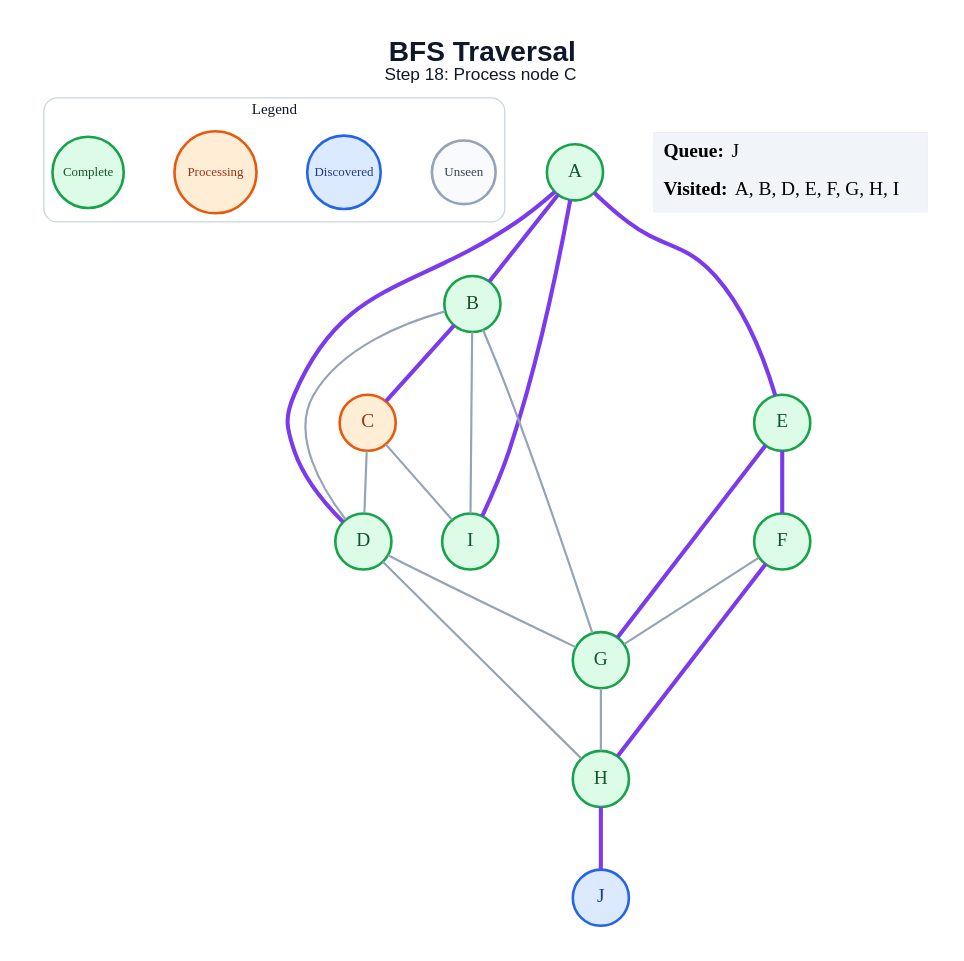
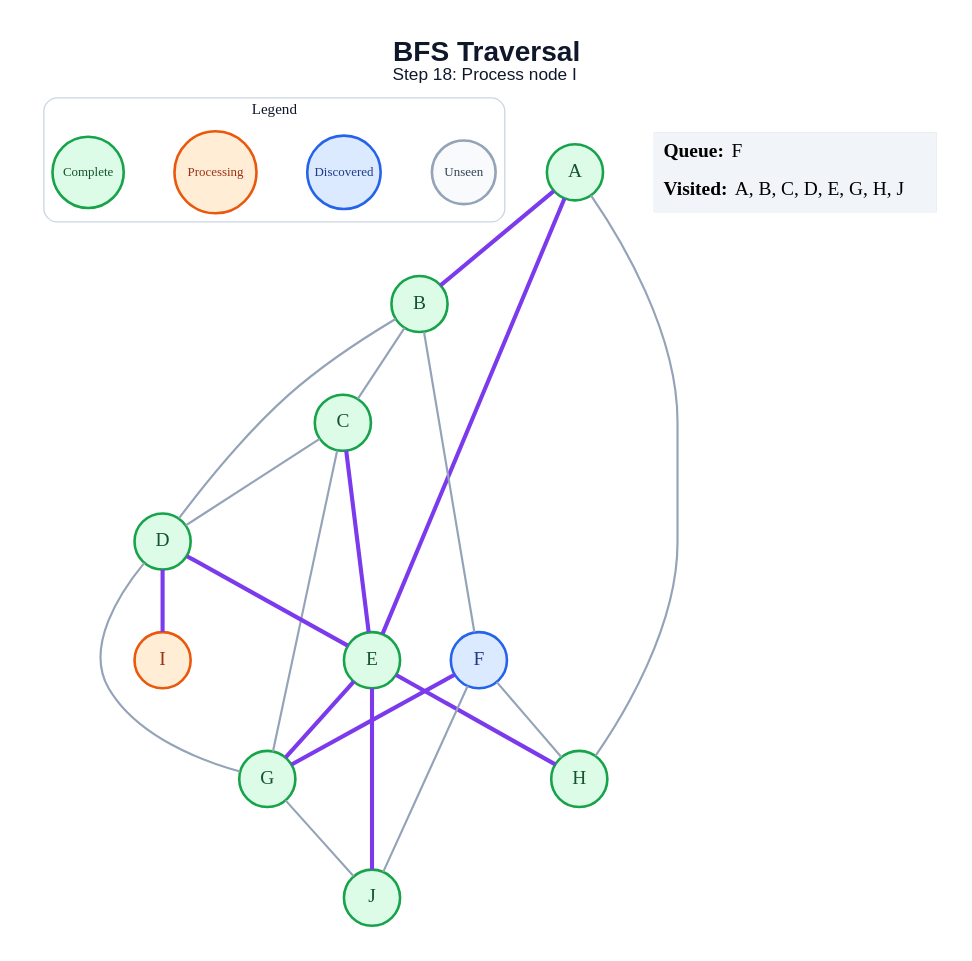
Before and after one commit to amanghodawala9/ai-slop: the diagram in generated/specific-node/bfs/step_18.dot, drawn with Graphviz. The commit also changed 178 other files, not shown here.

```diff
--- a/generated/specific-node/bfs/step_18.dot
+++ b/generated/specific-node/bfs/step_18.dot
@@ -1,47 +1,48 @@
 graph traversal {
   graph [layout=dot, rankdir=TB, bgcolor="#FFFFFF", pad="0.35", nodesep="0.65", ranksep="0.8", fontname="Arial"];
   node [shape=circle, style="filled", fontname="Arial Bold", fontsize=18, width=0.72, fixedsize=true, penwidth=2.4];
   edge [color="#94A3B8", penwidth=2.0];
-  label=<<B>BFS Traversal</B><BR/><FONT POINT-SIZE="16">Step 18: Process node C</FONT>>; labelloc="t"; fontsize=26; fontname="Arial"; fontcolor="#0F172A";
+  label=<<B>BFS Traversal</B><BR/><FONT POINT-SIZE="16">Step 18: Process node I</FONT>>; labelloc="t"; fontsize=26; fontname="Arial"; fontcolor="#0F172A";
   subgraph cluster_legend { label="Legend"; color="#CBD5E1"; penwidth=1.2; style="rounded"; fontsize=14; fontname="Arial Bold";
     key_unseen [label="Unseen", fillcolor="#F8FAFC", color="#94A3B8", fontcolor="#334155", fontsize=12, width=0.82];
     key_frontier [label="Discovered", fillcolor="#DBEAFE", color="#2563EB", fontcolor="#1E3A8A", fontsize=12, width=0.95];
     key_current [label="Processing", fillcolor="#FFEDD5", color="#EA580C", fontcolor="#9A3412", fontsize=12, width=1.05];
     key_done [label="Complete", fillcolor="#DCFCE7", color="#16A34A", fontcolor="#14532D", fontsize=12, width=0.92];
     { rank=same; key_unseen; key_frontier; key_current; key_done; }
   }
   A [fillcolor="#DCFCE7", color="#16A34A", fontcolor="#14532D"];
   B [fillcolor="#DCFCE7", color="#16A34A", fontcolor="#14532D"];
-  C [fillcolor="#FFEDD5", color="#EA580C", fontcolor="#9A3412"];
+  C [fillcolor="#DCFCE7", color="#16A34A", fontcolor="#14532D"];
   D [fillcolor="#DCFCE7", color="#16A34A", fontcolor="#14532D"];
   E [fillcolor="#DCFCE7", color="#16A34A", fontcolor="#14532D"];
-  F [fillcolor="#DCFCE7", color="#16A34A", fontcolor="#14532D"];
+  F [fillcolor="#DBEAFE", color="#2563EB", fontcolor="#1E3A8A"];
   G [fillcolor="#DCFCE7", color="#16A34A", fontcolor="#14532D"];
   H [fillcolor="#DCFCE7", color="#16A34A", fontcolor="#14532D"];
-  I [fillcolor="#DCFCE7", color="#16A34A", fontcolor="#14532D"];
-  J [fillcolor="#DBEAFE", color="#2563EB", fontcolor="#1E3A8A"];
+  I [fillcolor="#FFEDD5", color="#EA580C", fontcolor="#9A3412"];
+  J [fillcolor="#DCFCE7", color="#16A34A", fontcolor="#14532D"];
   A -- B [color="#7C3AED", penwidth=3.8];
-  A -- D [color="#7C3AED", penwidth=3.8];
   A -- E [color="#7C3AED", penwidth=3.8];
-  A -- I [color="#7C3AED", penwidth=3.8];
-  B -- C [color="#7C3AED", penwidth=3.8];
+  A -- H;
+  B -- C;
   B -- D;
-  B -- G;
-  B -- I;
+  B -- F;
   C -- D;
-  C -- I;
+  C -- E [color="#7C3AED", penwidth=3.8];
+  C -- G;
+  D -- E [color="#7C3AED", penwidth=3.8];
   D -- G;
-  D -- H;
-  E -- F [color="#7C3AED", penwidth=3.8];
+  D -- I [color="#7C3AED", penwidth=3.8];
   E -- G [color="#7C3AED", penwidth=3.8];
-  F -- G;
-  F -- H [color="#7C3AED", penwidth=3.8];
-  G -- H;
-  H -- J [color="#7C3AED", penwidth=3.8];
+  E -- H [color="#7C3AED", penwidth=3.8];
+  E -- J [color="#7C3AED", penwidth=3.8];
+  F -- G [color="#7C3AED", penwidth=3.8];
+  F -- H;
+  F -- J;
+  G -- J;
   status [shape=plain, fixedsize=false, width=0, height=0, margin=0, label=<
     <TABLE BORDER="0" CELLBORDER="0" CELLPADDING="7" BGCOLOR="#F1F5F9">
-      <TR><TD ALIGN="LEFT"><B>Queue:</B> J</TD></TR>
-      <TR><TD ALIGN="LEFT"><B>Visited:</B> A, B, D, E, F, G, H, I</TD></TR>
+      <TR><TD ALIGN="LEFT"><B>Queue:</B> F</TD></TR>
+      <TR><TD ALIGN="LEFT"><B>Visited:</B> A, B, C, D, E, G, H, J</TD></TR>
     </TABLE>
   >];
 }
```
